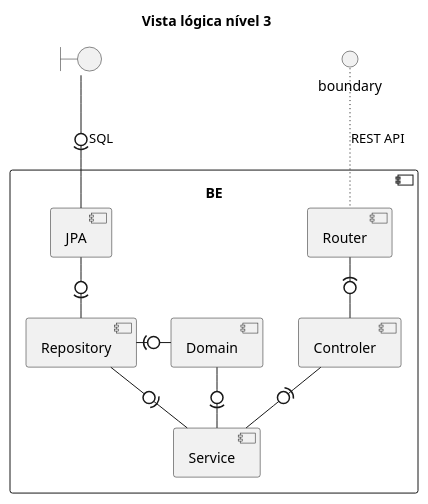
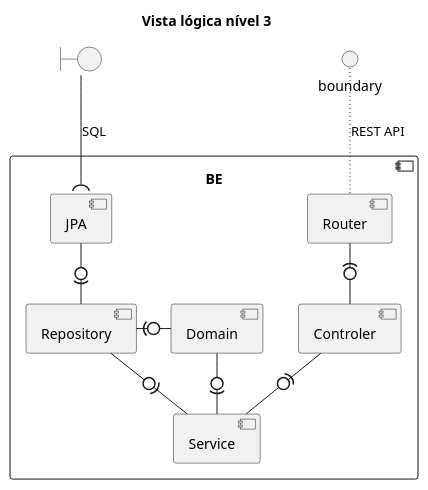
The diagram in Docs/Design/Entrega2/Vistas Lógicas/Nível 3/Nivel3.puml (GitHubCatarina/SIDIS), drawn with PlantUML before and after one commit. The commit also changed 10 other files, not shown here.

```diff
--- a/Docs/Design/Entrega2/Vistas Lógicas/Nível 3/Nivel3.puml
+++ b/Docs/Design/Entrega2/Vistas Lógicas/Nível 3/Nivel3.puml
@@ -1,30 +1,30 @@
 @startuml
  'https://plantuml.com/class-diagram
 
  hide circle
  skinparam classAttributeIconSize 0
 
 title Vista lógica nível 3
 
 component "BE" {
     [Router]
     [Controler]
     [Service]
     [Domain]
     [Repository]
     [JPA]
 }
 boundary " "
 [Router] ~up~ boundary :REST API
 [Router] -down(0- [Controler]
 [Controler] -down(0- [Service]
 [Service] -down(0- [Domain]
 [Repository] -left(0- [Domain]
 [Service] -left(0- [Repository]
 [Repository] -up(0- [JPA]
-[JPA] -up(0- " ":SQL
+[JPA] )-up- " ":SQL
 
 
 
 
 @enduml
```
